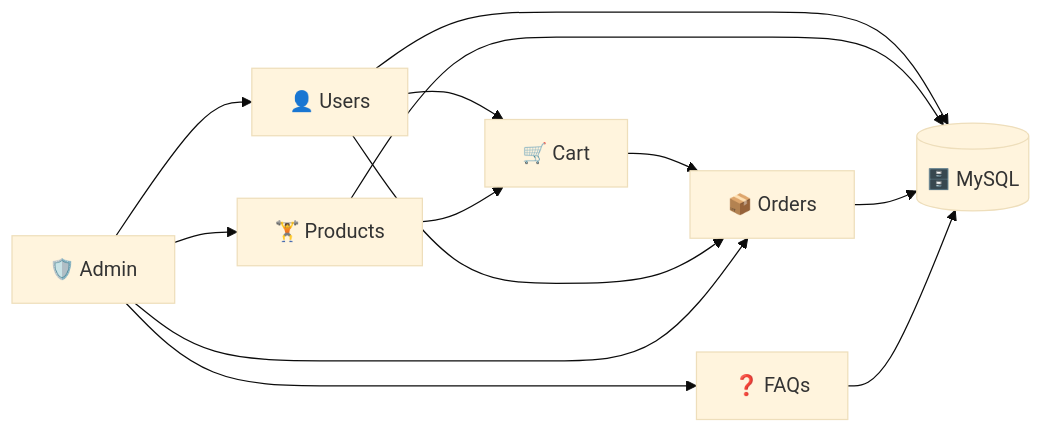
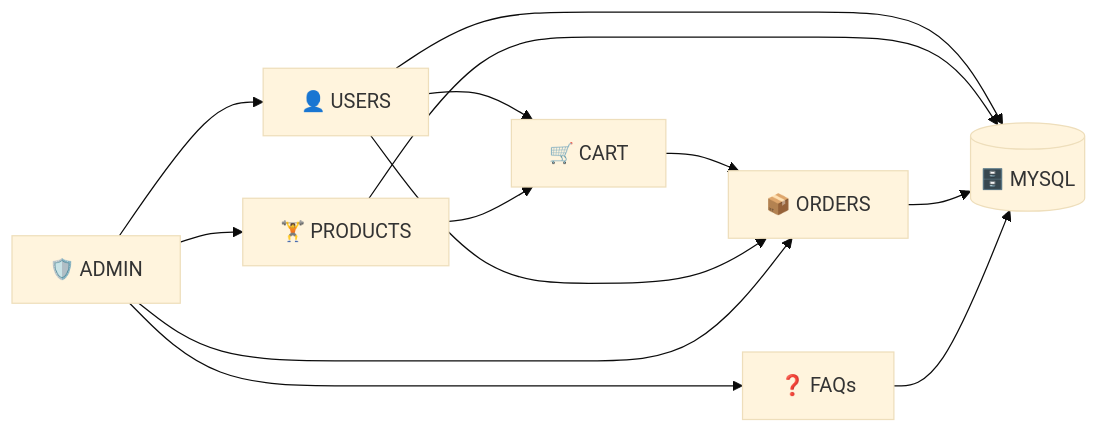
Before and after one commit to Ahamed369/HealthForge-Fitness-Web-Application: the seventh of 10 diagrams in README.md, drawn with Mermaid (base theme). The commit also changed other lines of this file, not shown here.

````diff
--- a/README.md
+++ b/README.md
@@ -374,28 +538,28 @@
 ```mermaid
 flowchart LR
 
-    USER["👤 Users"]
-    PRODUCT["🏋️ Products"]
-    CART["🛒 Cart"]
-    ORDER["📦 Orders"]
+    USER["👤 USERS"]
+    PRODUCT["🏋️ PRODUCTS"]
+    CART["🛒 CART"]
+    ORDER["📦 ORDERS"]
     FAQ["❓ FAQs"]
 
     USER --> CART
     PRODUCT --> CART
     CART --> ORDER
     USER --> ORDER
 
-    ADMIN["🛡️ Admin"]
+    ADMIN["🛡️ ADMIN"]
 
     ADMIN --> USER
     ADMIN --> PRODUCT
     ADMIN --> ORDER
     ADMIN --> FAQ
 
-    DB[("🗄️ MySQL")]
+    MYSQL[("🗄️ MYSQL")]
 
-    USER --> DB
-    PRODUCT --> DB
-    ORDER --> DB
-    FAQ --> DB
+    USER --> MYSQL
+    PRODUCT --> MYSQL
+    ORDER --> MYSQL
+    FAQ --> MYSQL
 ```
````
